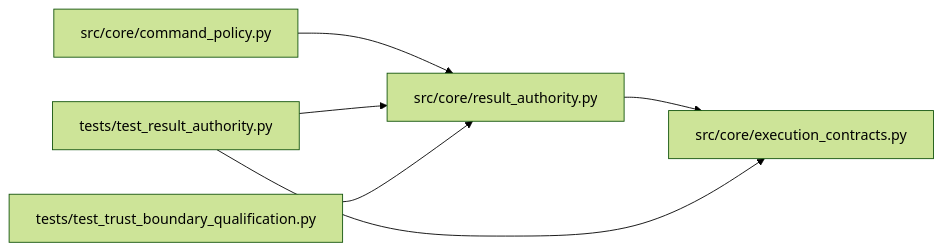
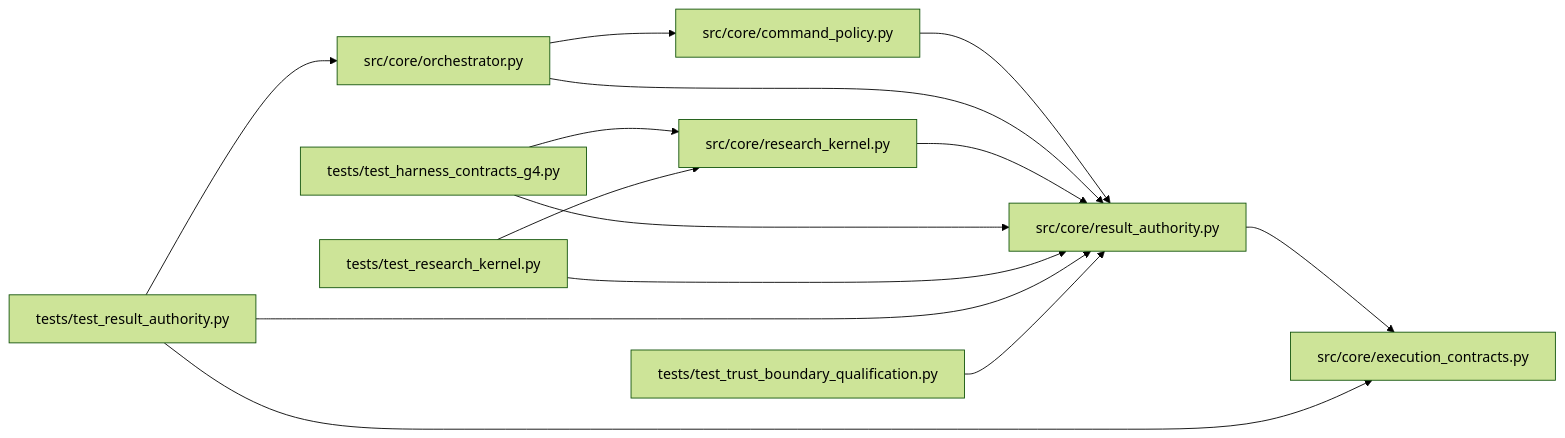
One commit to Denissvgn/autoresearch-agent changed the diagram in docs/llm_wiki/modules/result_authority.md. Above: the diagram before and after it, drawn with Mermaid (forest theme). The commit also changed other lines of this file and 1033 other files, not shown here.

````diff
--- a/docs/llm_wiki/modules/result_authority.md
+++ b/docs/llm_wiki/modules/result_authority.md
@@ -45,18 +45,34 @@
 ```mermaid
 flowchart LR
     n0["src/core/command_policy.py"]
     n1["src/core/execution_contracts.py"]
-    n2["src/core/result_authority.py"]
-    n3["tests/test_result_authority.py"]
-    n4["tests/test_trust_boundary_qualification.py"]
-    n0 --> n2
-    n2 --> n1
-    n3 --> n1
-    n3 --> n2
-    n4 --> n2
+    n2["src/core/orchestrator.py"]
+    n3["src/core/research_kernel.py"]
+    n4["src/core/result_authority.py"]
+    n5["tests/test_harness_contracts_g4.py"]
+    n6["tests/test_research_kernel.py"]
+    n7["tests/test_result_authority.py"]
+    n8["tests/test_trust_boundary_qualification.py"]
+    n0 --> n4
+    n2 --> n0
+    n2 --> n4
+    n3 --> n4
+    n4 --> n1
+    n5 --> n3
+    n5 --> n4
+    n6 --> n3
+    n6 --> n4
+    n7 --> n1
+    n7 --> n2
+    n7 --> n4
+    n8 --> n4
     click n0 "../modules/command_policy.md"
     click n1 "../modules/execution_contracts.md"
-    click n2 "../modules/result_authority.md"
-    click n3 "../modules/test_result_authority.md"
-    click n4 "../modules/test_trust_boundary_qualification.md"
+    click n2 "../modules/orchestrator.md"
+    click n3 "../modules/research_kernel.md"
+    click n4 "../modules/result_authority.md"
+    click n5 "../modules/test_harness_contracts_g4.md"
+    click n6 "../modules/test_research_kernel.md"
+    click n7 "../modules/test_result_authority.md"
+    click n8 "../modules/test_trust_boundary_qualification.md"
 ```
````
